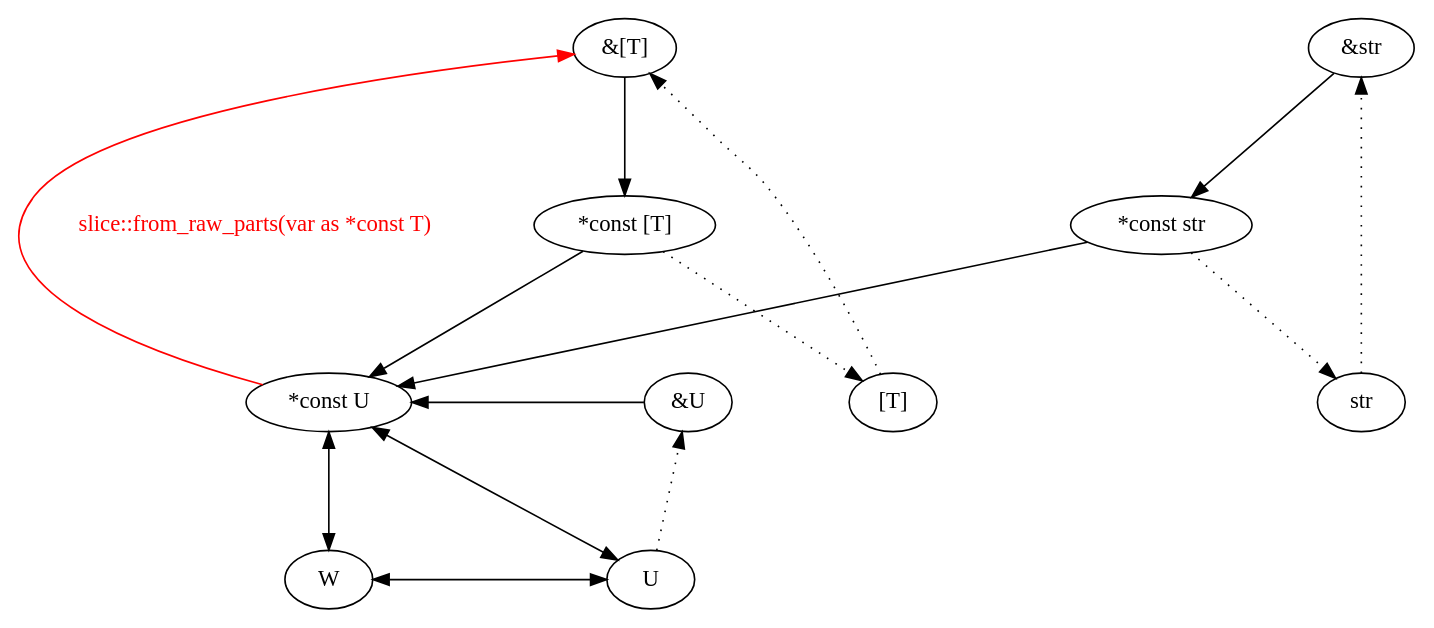
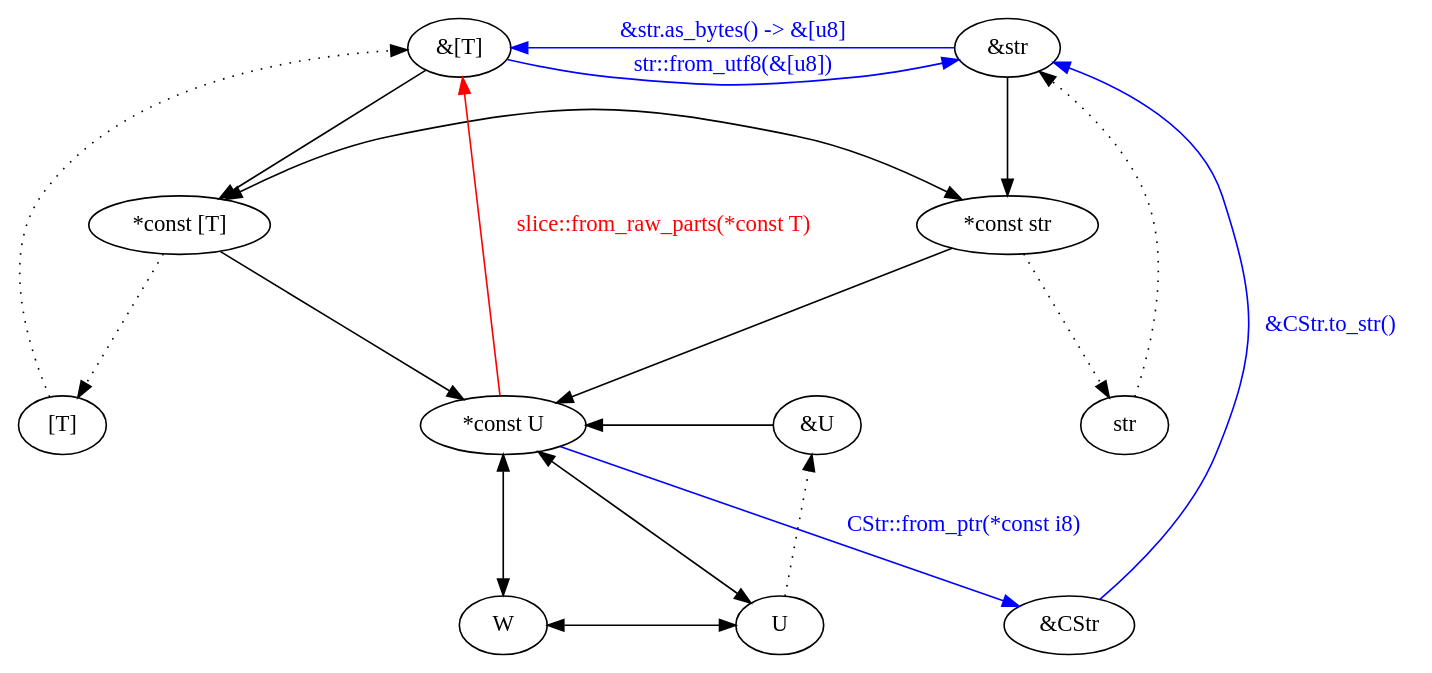
One commit to RioKato/unsafe-rust changed the diagram in cast.gv. Above: the diagram before and after it, drawn with Graphviz. The commit also changed 4 other files, not shown here.

```diff
--- a/cast.gv
+++ b/cast.gv
@@ -1,20 +1,25 @@
 digraph {
   {rank=same; "&[T]"; "&str";}
   {rank=same; "*const [T]"; "*const str";}
   {rank=same; "&U"; "*const U";}
-  {rank=same; "U"; "W";}
+  {rank=same; "U"; "W"; "&CStr";}
   {rank=same; "[T]"; "str";}
   ranksep=1
-  nodesep=1
+  nodesep=0.8
 
   "&[T]" -> "*const [T]" -> "*const U"
   "&str" -> "*const str" -> "*const U"
+  "*const [T]" -> "*const str" [dir=both]
   "*const U" -> "W" -> "U" -> "*const U" [dir=both]
   "*const U" -> "&U" [dir=back]
 
   "U" -> "&U" [style=dotted]
   "*const [T]" -> "[T]" -> "&[T]" [style=dotted]
   "*const str" -> "str" -> "&str" [style=dotted]
 
-  "*const U" -> "&[T]" [label="slice::from_raw_parts(var as *const T)", fontcolor=red, color=red]
+  "*const U" -> "&[T]" [label="slice::from_raw_parts(*const T)", fontcolor=red, color=red]
+  "*const U" -> "&CStr" [label="CStr::from_ptr(*const i8)", fontcolor=blue, color=blue]
+  "&CStr" -> "&str" [label="&CStr.to_str()", fontcolor=blue, color=blue]
+  "&[T]" -> "&str" [label="str::from_utf8(&[u8])", fontcolor=blue, color=blue]
+  "&str" -> "&[T]" [label="&str.as_bytes() -> &[u8]", fontcolor=blue, color=blue]
 }
```
